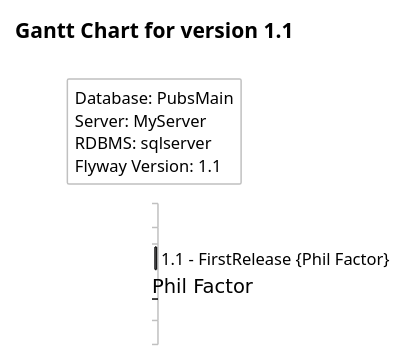
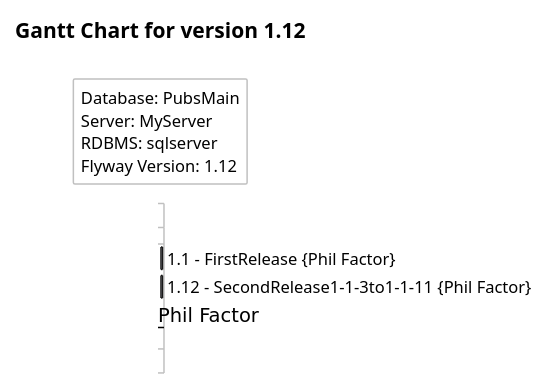
Before and after one commit to Phil-Factor/FlywayGithubDemo: the diagram in State/Reports/GanttChart.puml, drawn with PlantUML. The commit also changed 86 other files, not shown here.

```diff
--- a/State/Reports/GanttChart.puml
+++ b/State/Reports/GanttChart.puml
@@ -1,22 +1,24 @@
 @startgantt
 skinparam LegendBorderRoundCorner 2
 skinparam LegendBorderThickness 1
 skinparam LegendBorderColor silver
 skinparam LegendBackgroundColor white
 skinparam LegendFontSize 11
 printscale weekly
 saturday are closed
 sunday are closed
-title Gantt Chart for version 1.1
+title Gantt Chart for version 1.12
 legend top left
   Database: PubsMain
   Server: MyServer
   RDBMS: sqlserver
-  Flyway Version: 1.1
+  Flyway Version: 1.12
 endlegend
 printscale weekly
 saturday are closed
 sunday are closed
-Project starts 2022-01-27 
-[1.1 - FirstRelease] on {Phil Factor} starts 2022-01-27 
+Project starts 2022-02-01 
+[1.1 - FirstRelease] on {Phil Factor} starts 2022-02-01 
+[1.12 - SecondRelease1-1-3to1-1-11] on {Phil Factor} starts 2022-02-01 
+[1.1 - FirstRelease] ends 2022-02-01 
 @endgantt
```
